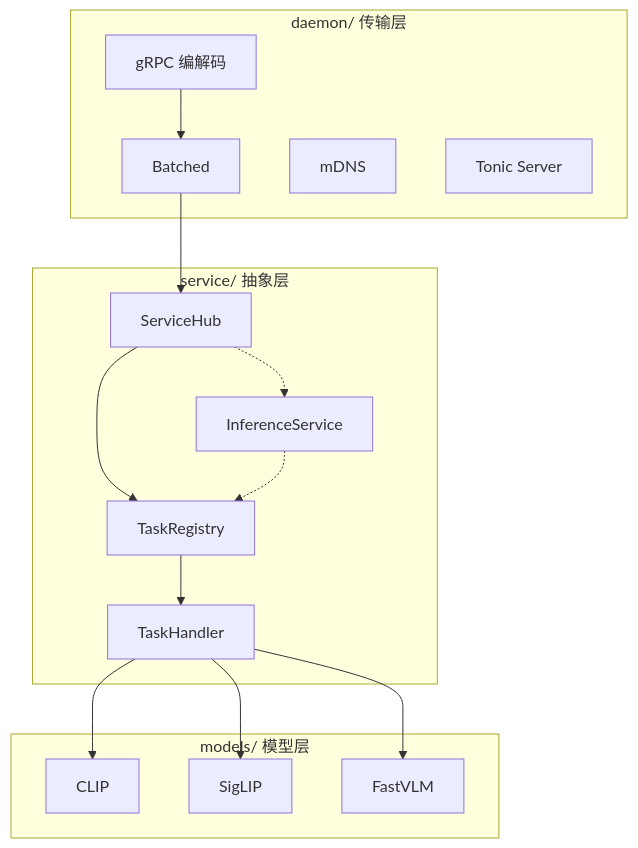
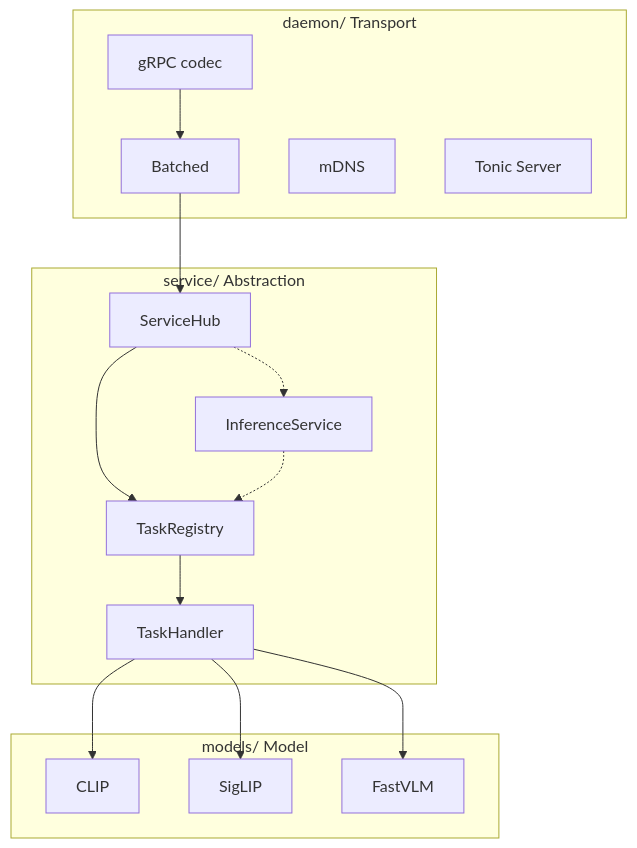
The diagram in docs/docs/architecture/overview.md (EdwinZhanCN/Lumen-Hub), drawn with Mermaid before and after one commit. The commit also changed other lines of this file and 47 other files, not shown here.

````diff
--- a/docs/docs/architecture/overview.md
+++ b/docs/docs/architecture/overview.md
@@ -11,32 +11,32 @@
 ```mermaid
 graph TD
-    subgraph daemon["daemon/ 传输层"]
-        gRPC[gRPC 编解码]
+    subgraph daemon["daemon/ Transport"]
+        gRPC[gRPC codec]
         Batcher[Batched]
         mDNS[mDNS]
         Server[Tonic Server]
     end
 
-    subgraph service["service/ 抽象层"]
+    subgraph service["service/ Abstraction"]
         Hub[ServiceHub]
         Registry[TaskRegistry]
         ISvc[InferenceService]
         TH[TaskHandler]
     end
 
-    subgraph models["models/ 模型层"]
+    subgraph models["models/ Model"]
         CLIP[CLIP]
         SigLIP[SigLIP]
         FastVLM[FastVLM]
     end
 
     gRPC --> Batcher
     Batcher --> Hub
     Hub --> Registry
     Registry --> TH
     TH --> CLIP
     TH --> SigLIP
     TH --> FastVLM
     Hub -.-> ISvc
     ISvc -.-> Registry
 ```
````
